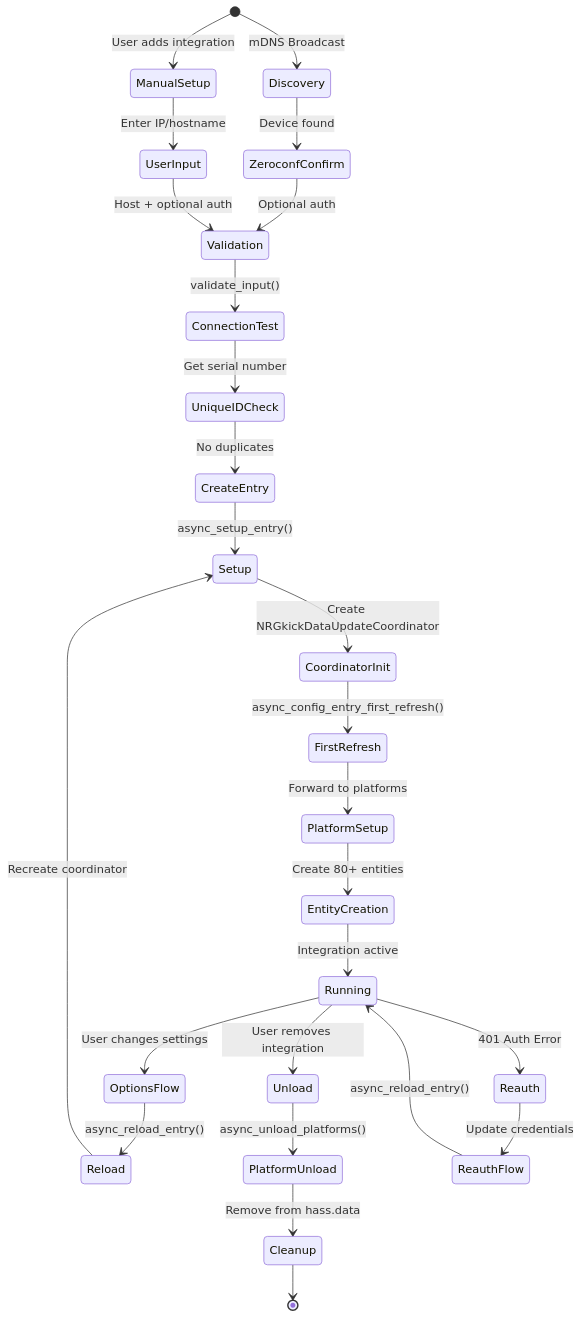
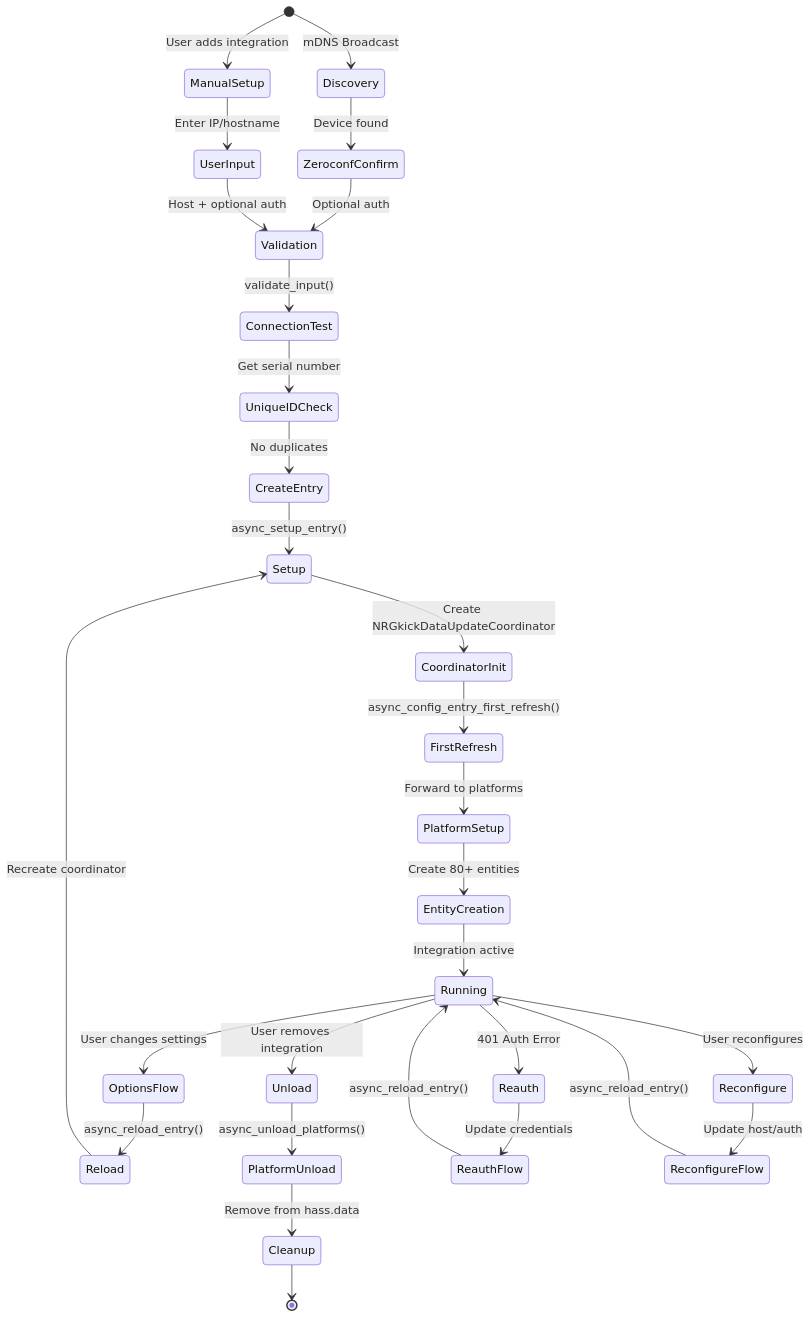
Before and after one commit to andijakl/nrgkick-homeassistant: the third of 8 diagrams in ARCHITECTURE.md, drawn with Mermaid. The commit also changed other lines of this file and 2 other files, not shown here.

````diff
--- a/ARCHITECTURE.md
+++ b/ARCHITECTURE.md
@@ -169,36 +169,40 @@
 ```mermaid
 stateDiagram-v2
     [*] --> Discovery: mDNS Broadcast
     [*] --> ManualSetup: User adds integration
 
     Discovery --> ZeroconfConfirm: Device found
     ManualSetup --> UserInput: Enter IP/hostname
 
     ZeroconfConfirm --> Validation: Optional auth
     UserInput --> Validation: Host + optional auth
 
     Validation --> ConnectionTest: validate_input()
     ConnectionTest --> UniqueIDCheck: Get serial number
     UniqueIDCheck --> CreateEntry: No duplicates
 
     CreateEntry --> Setup: async_setup_entry()
     Setup --> CoordinatorInit: Create NRGkickDataUpdateCoordinator
     CoordinatorInit --> FirstRefresh: async_config_entry_first_refresh()
     FirstRefresh --> PlatformSetup: Forward to platforms
 
     PlatformSetup --> EntityCreation: Create 80+ entities
     EntityCreation --> Running: Integration active
 
     Running --> OptionsFlow: User changes settings
     OptionsFlow --> Reload: async_reload_entry()
     Reload --> Setup: Recreate coordinator
 
     Running --> Unload: User removes integration
     Unload --> PlatformUnload: async_unload_platforms()
     PlatformUnload --> Cleanup: Remove from hass.data
     Cleanup --> [*]
 
     Running --> Reauth: 401 Auth Error
     Reauth --> ReauthFlow: Update credentials
     ReauthFlow --> Running: async_reload_entry()
+
+    Running --> Reconfigure: User reconfigures
+    Reconfigure --> ReconfigureFlow: Update host/auth
+    ReconfigureFlow --> Running: async_reload_entry()
 ```
````
